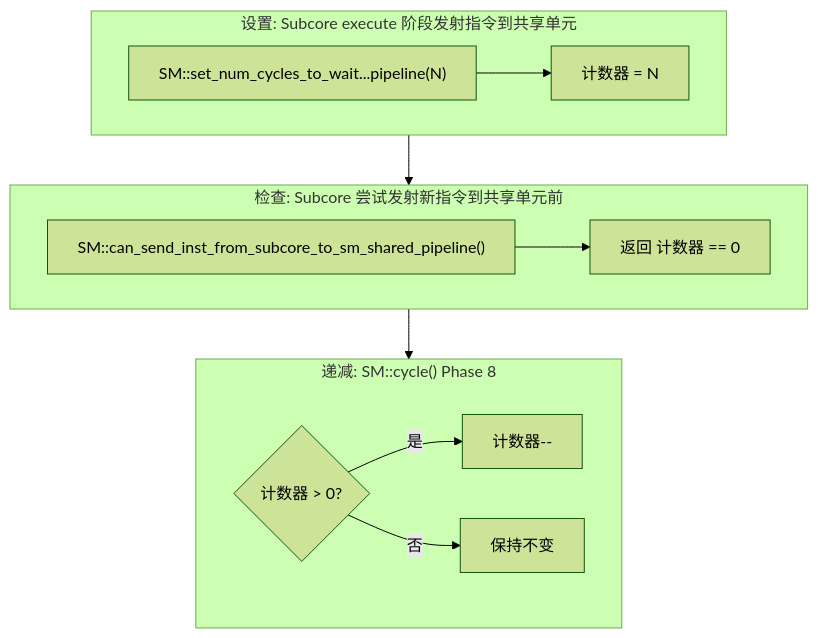
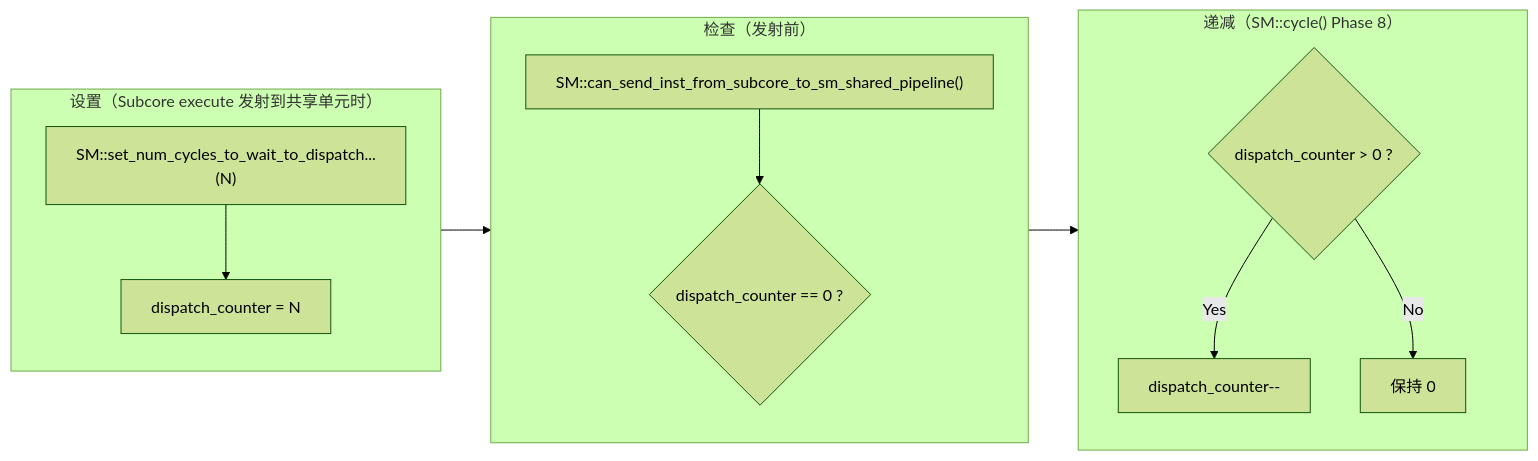
One commit to dzwduan/modern-gpu-simulator-micro-2025 changed the seventh of 7 diagrams in docs/detailed-design/02-SM顶层设计.md. Above: the diagram before and after it, drawn with Mermaid (forest theme). The commit also changed other lines of this file, not shown here.

First line of the commit message:
docs: 更新02-SM页架构设计中的 Mermaid 图表语法

````diff
--- a/docs/detailed-design/02-SM顶层设计.md
+++ b/docs/detailed-design/02-SM顶层设计.md
@@ -579,21 +603,24 @@
 ```mermaid
-flowchart TD
-    subgraph SET["设置: Subcore execute 阶段发射指令到共享单元"]
-        S1["SM::set_num_cycles_to_wait...pipeline#40;N#41;"]
-        S2["计数器 = N"]
+flowchart LR
+    subgraph SET["设置（Subcore execute 发射到共享单元时）"]
+        S1["SM::set_num_cycles_to_wait_to_dispatch...(N)"]
+        S2["dispatch_counter = N"]
         S1 --> S2
     end
-    subgraph CHECK["检查: Subcore 尝试发射新指令到共享单元前"]
-        C1["SM::can_send_inst_from_subcore_to_sm_shared_pipeline#40;#41;"]
-        C2["返回 计数器 == 0"]
+
+    subgraph CHECK["检查（发射前）"]
+        C1["SM::can_send_inst_from_subcore_to_sm_shared_pipeline()"]
+        C2{"dispatch_counter == 0 ?"}
         C1 --> C2
     end
-    subgraph DEC["递减: SM::cycle#40;#41; Phase 8"]
-        D1{"计数器 > 0?"}
-        D2["计数器--"]
-        D3["保持不变"]
-        D1 -->|是| D2
-        D1 -->|否| D3
+
+    subgraph DEC["递减（SM::cycle() Phase 8）"]
+        D1{"dispatch_counter > 0 ?"}
+        D2["dispatch_counter--"]
+        D3["保持 0"]
+        D1 -->|Yes| D2
+        D1 -->|No| D3
     end
+
     SET --> CHECK --> DEC
 ```
````
